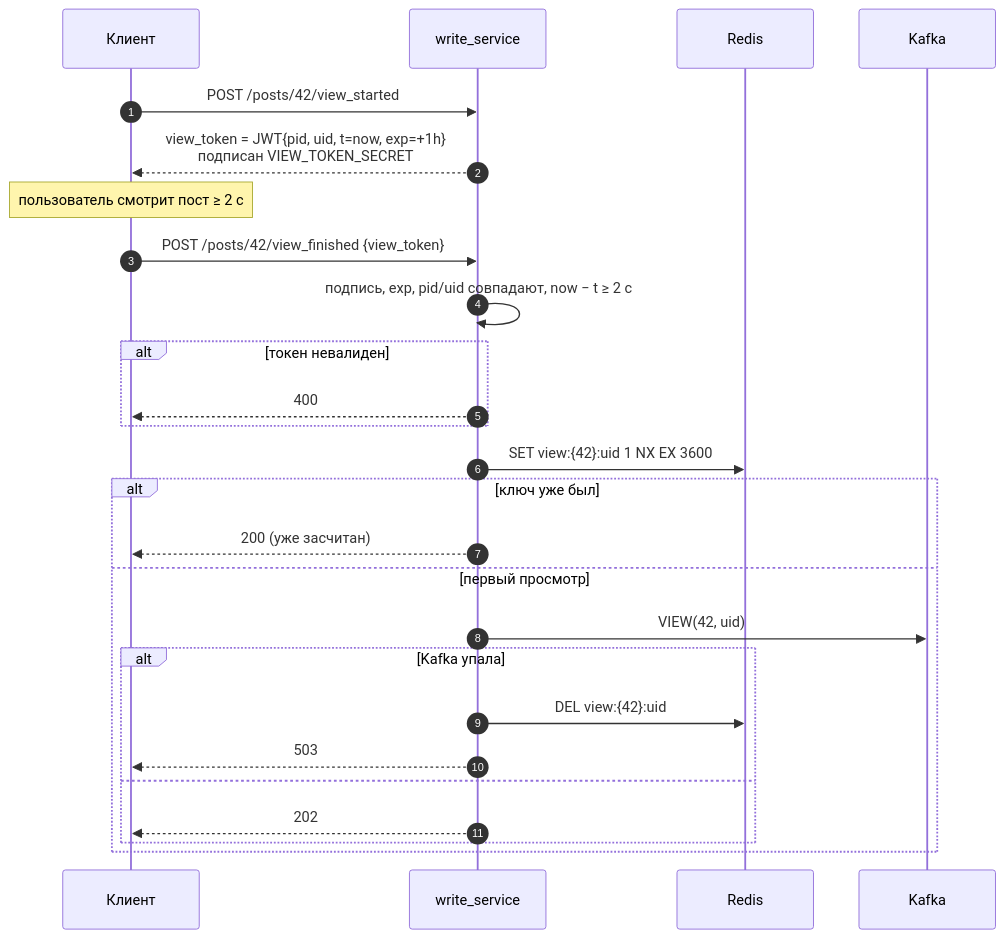
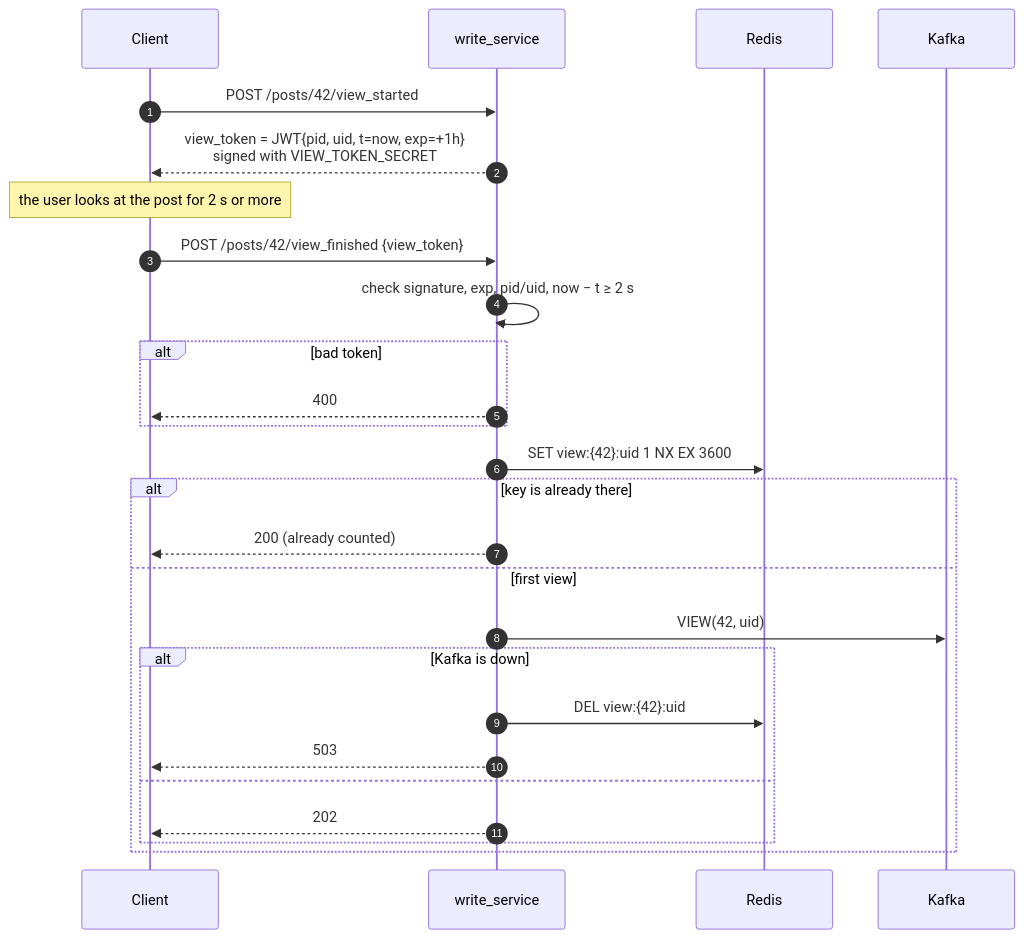
The third of 8 diagrams in sis2/README.md (elitekbtu/highload-backend), drawn with Mermaid before and after one commit. The commit also changed other lines of this file and 61 other files, not shown here.

````diff
--- a/sis2/README.md
+++ b/sis2/README.md
@@ -109,31 +113,31 @@
 ```mermaid
 sequenceDiagram
     autonumber
-    participant C as Клиент
+    participant C as Client
     participant W as write_service
     participant R as Redis
     participant K as Kafka
 
     C->>W: POST /posts/42/view_started
-    W-->>C: view_token = JWT{pid, uid, t=now, exp=+1h}<br/>подписан VIEW_TOKEN_SECRET
+    W-->>C: view_token = JWT{pid, uid, t=now, exp=+1h}<br/>signed with VIEW_TOKEN_SECRET
 
-    Note over C: пользователь смотрит пост ≥ 2 с
+    Note over C: the user looks at the post for 2 s or more
 
     C->>W: POST /posts/42/view_finished {view_token}
-    W->>W: подпись, exp, pid/uid совпадают, now − t ≥ 2 с
-    alt токен невалиден
+    W->>W: check signature, exp, pid/uid, now − t ≥ 2 s
+    alt bad token
         W-->>C: 400
     end
     W->>R: SET view:{42}:uid 1 NX EX 3600
-    alt ключ уже был
-        W-->>C: 200 (уже засчитан)
-    else первый просмотр
+    alt key is already there
+        W-->>C: 200 (already counted)
+    else first view
         W->>K: VIEW(42, uid)
-        alt Kafka упала
+        alt Kafka is down
             W->>R: DEL view:{42}:uid
             W-->>C: 503
         else
             W-->>C: 202
         end
     end
 ```
````
